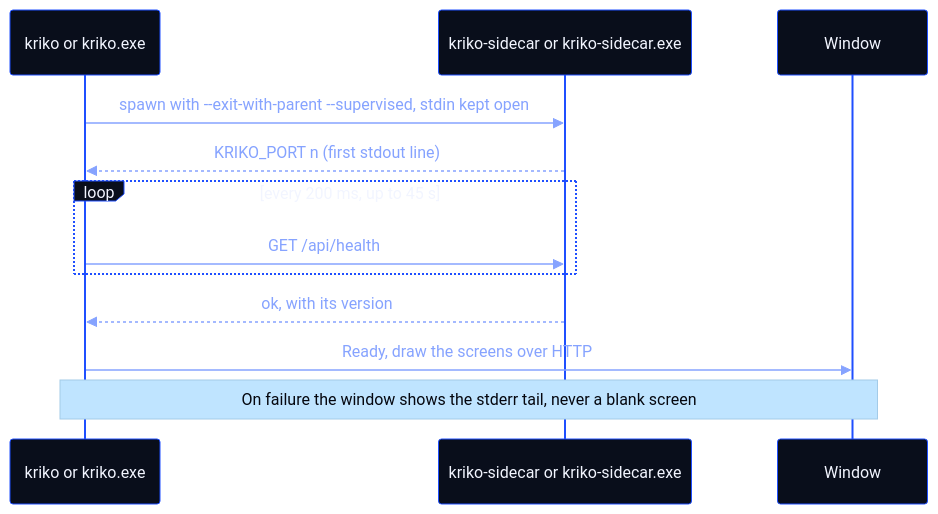
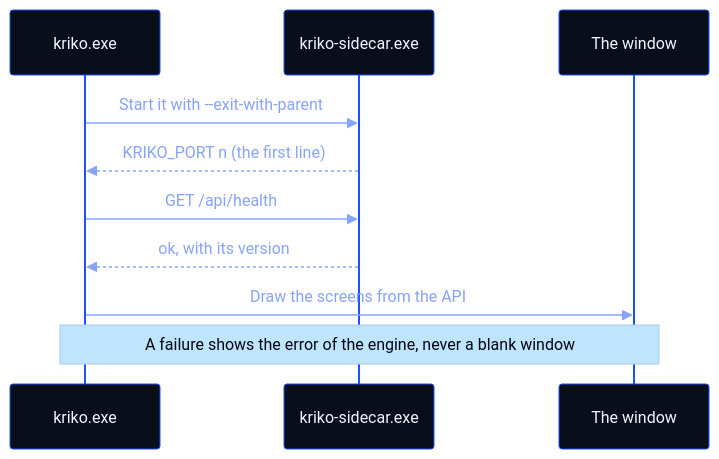
Before and after one commit to Berbadov/kriko: the diagram in kriko-gpui/README.md, drawn with Mermaid. The commit also changed other lines of this file and 13 other files, not shown here.

````diff
--- a/kriko-gpui/README.md
+++ b/kriko-gpui/README.md
@@ -49,15 +34,13 @@
 ```mermaid
 %%{init: {"theme":"base","themeVariables":{"fontFamily":"ui-monospace, SFMono-Regular, Consolas, monospace","primaryColor":"#090E1B","primaryTextColor":"#F2F5FF","primaryBorderColor":"#1F4FFF","lineColor":"#86A3FF","secondaryColor":"#1739C2","tertiaryColor":"#080B16","noteBkgColor":"#BFE4FF","noteTextColor":"#05070F","actorBkg":"#090E1B","actorTextColor":"#F2F5FF","actorBorder":"#1F4FFF","signalColor":"#86A3FF","signalTextColor":"#86A3FF"}}}%%
 sequenceDiagram
-    participant App as kriko or kriko.exe
-    participant Side as kriko-sidecar or kriko-sidecar.exe
-    participant Win as Window
-    App->>Side: spawn with --exit-with-parent --supervised, stdin kept open
-    Side-->>App: KRIKO_PORT n (first stdout line)
-    loop every 200 ms, up to 45 s
-        App->>Side: GET /api/health
-    end
-    Side-->>App: ok, with its version
-    App->>Win: Ready, draw the screens over HTTP
-    Note over App,Win: On failure the window shows the stderr tail, never a blank screen
+    participant App as kriko.exe
+    participant Engine as kriko-sidecar.exe
+    participant Win as The window
+    App->>Engine: Start it with --exit-with-parent
+    Engine-->>App: KRIKO_PORT n (the first line)
+    App->>Engine: GET /api/health
+    Engine-->>App: ok, with its version
+    App->>Win: Draw the screens from the API
+    Note over App,Win: A failure shows the error of the engine, never a blank window
 ```
````
